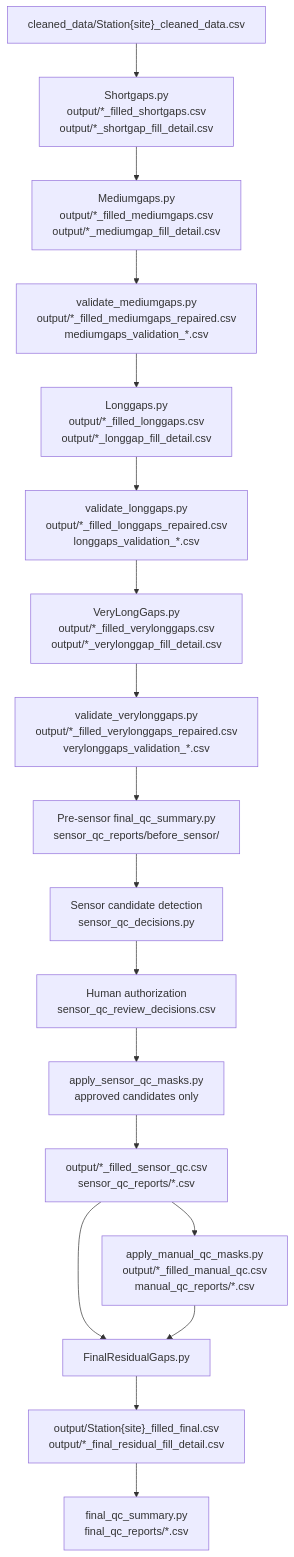
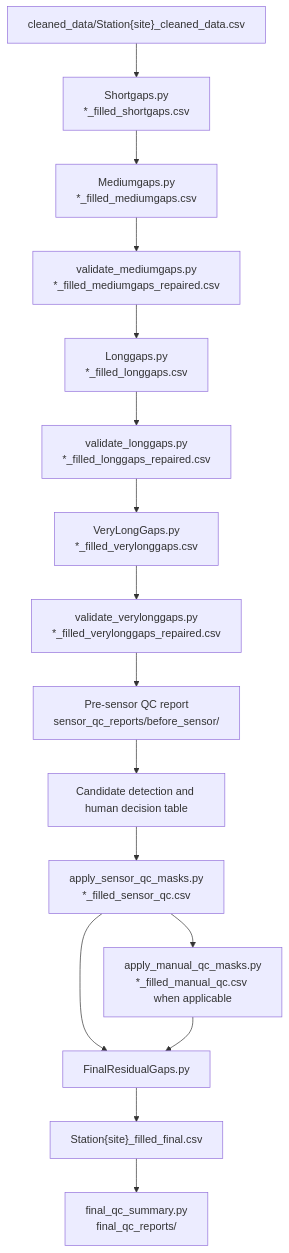
The second of 3 diagrams in data-cleanup/imputation_pipeline/TECHNICAL_NOTES_TxSON33.md (kiat/tx-soil-moisture), drawn with Mermaid before and after one commit. The commit also changed other lines of this file and 1 other file, not shown here.

````diff
--- a/data-cleanup/imputation_pipeline/TECHNICAL_NOTES_TxSON33.md
+++ b/data-cleanup/imputation_pipeline/TECHNICAL_NOTES_TxSON33.md
@@ -103,21 +71,19 @@
 ```mermaid
 flowchart TD
     A["cleaned_data/Station{site}_cleaned_data.csv"]
-    A --> B["Shortgaps.py<br/>output/*_filled_shortgaps.csv<br/>output/*_shortgap_fill_detail.csv"]
-    B --> C["Mediumgaps.py<br/>output/*_filled_mediumgaps.csv<br/>output/*_mediumgap_fill_detail.csv"]
-    C --> D["validate_mediumgaps.py<br/>output/*_filled_mediumgaps_repaired.csv<br/>mediumgaps_validation_*.csv"]
-    D --> E["Longgaps.py<br/>output/*_filled_longgaps.csv<br/>output/*_longgap_fill_detail.csv"]
-    E --> F["validate_longgaps.py<br/>output/*_filled_longgaps_repaired.csv<br/>longgaps_validation_*.csv"]
-    F --> G["VeryLongGaps.py<br/>output/*_filled_verylonggaps.csv<br/>output/*_verylonggap_fill_detail.csv"]
-    G --> H["validate_verylonggaps.py<br/>output/*_filled_verylonggaps_repaired.csv<br/>verylonggaps_validation_*.csv"]
-    H --> HP["Pre-sensor final_qc_summary.py<br/>sensor_qc_reports/before_sensor/"]
-    HP --> I["Sensor candidate detection<br/>sensor_qc_decisions.py"]
-    I --> IA["Human authorization<br/>sensor_qc_review_decisions.csv"]
-    IA --> IB["apply_sensor_qc_masks.py<br/>approved candidates only"]
-    IB --> J["output/*_filled_sensor_qc.csv<br/>sensor_qc_reports/*.csv"]
-    J --> K["apply_manual_qc_masks.py<br/>output/*_filled_manual_qc.csv<br/>manual_qc_reports/*.csv"]
-    J --> L["FinalResidualGaps.py"]
-    K --> L
-    L --> M["output/Station{site}_filled_final.csv<br/>output/*_final_residual_fill_detail.csv"]
-    M --> N["final_qc_summary.py<br/>final_qc_reports/*.csv"]
+    A --> B["Shortgaps.py<br/>*_filled_shortgaps.csv"]
+    B --> C["Mediumgaps.py<br/>*_filled_mediumgaps.csv"]
+    C --> D["validate_mediumgaps.py<br/>*_filled_mediumgaps_repaired.csv"]
+    D --> E["Longgaps.py<br/>*_filled_longgaps.csv"]
+    E --> F["validate_longgaps.py<br/>*_filled_longgaps_repaired.csv"]
+    F --> G["VeryLongGaps.py<br/>*_filled_verylonggaps.csv"]
+    G --> H["validate_verylonggaps.py<br/>*_filled_verylonggaps_repaired.csv"]
+    H --> I["Pre-sensor QC report<br/>sensor_qc_reports/before_sensor/"]
+    I --> J["Candidate detection and human decision table"]
+    J --> K["apply_sensor_qc_masks.py<br/>*_filled_sensor_qc.csv"]
+    K --> L["apply_manual_qc_masks.py<br/>*_filled_manual_qc.csv when applicable"]
+    K --> M[FinalResidualGaps.py]
+    L --> M
+    M --> N["Station{site}_filled_final.csv"]
+    N --> O["final_qc_summary.py<br/>final_qc_reports/"]
 ```
````
